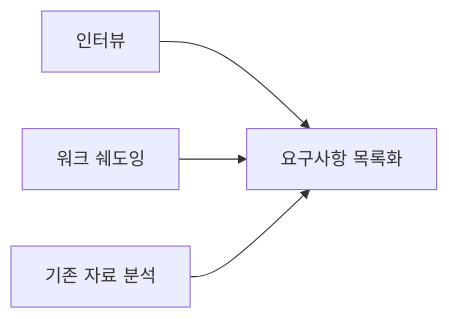
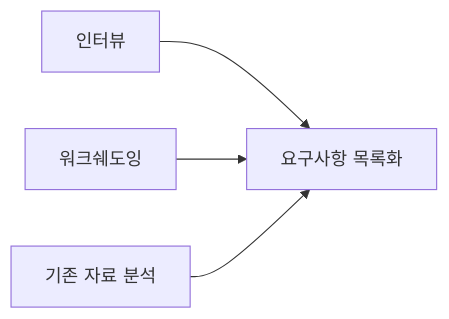
Before and after one commit to sknkwoxs/manual-book: the fourth of 4 diagrams in src/content/docs/goodthinking-isp/02-analysis/index.md, drawn with Mermaid. The commit also changed other lines of this file and 27 other files, not shown here.

````diff
--- a/src/content/docs/goodthinking-isp/02-analysis/index.md
+++ b/src/content/docs/goodthinking-isp/02-analysis/index.md
@@ -102,6 +102,6 @@
 ```mermaid
 graph LR
     A["인터뷰"] --> D["요구사항 목록화"]
-    B["워크 쉐도잉"] --> D
+    B["워크쉐도잉"] --> D
     C["기존 자료 분석"] --> D
 ```
````
